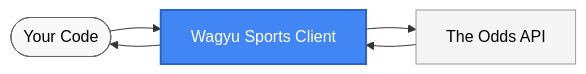
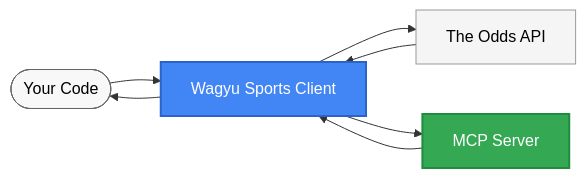
Before and after one commit to hrgarber/wagyu_mcp_hackathon: the diagram in README.md, drawn with Mermaid. The commit also changed other lines of this file and 1 other file, not shown here.

Commit message:
Update README files with MCP server information and testing details

````diff
--- a/README.md
+++ b/README.md
@@ -5,9 +5,12 @@
 ```mermaid
 graph LR
     User([Your Code]) --> Client[Wagyu Sports Client] --> API[The Odds API]
+    MCP[MCP Server] --> Client
+    Client --> MCP
     API --> Client --> User
     
     style User fill:#f8f8f8,stroke:#666,stroke-width:1px,color:#000
     style Client fill:#4285F4,stroke:#2965C9,stroke-width:2px,color:#fff
     style API fill:#F5F5F5,stroke:#999,stroke-width:1px,color:#000
+    style MCP fill:#34A853,stroke:#1E8E3E,stroke-width:2px,color:#fff
 ```
````
